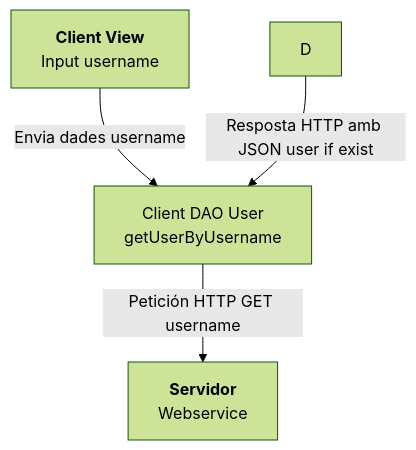
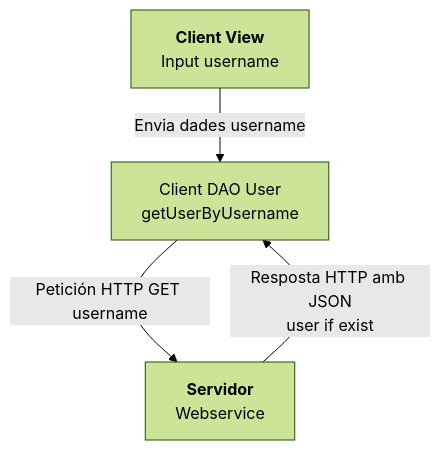
One commit to mactiburon/tapatapp changed the diagram in DiagramaPrototip1.mermaid. Above: the diagram before and after it, drawn with Mermaid (forest theme).

Commit message:
DiagramaPrototip1.mermaid

```diff
--- a/DiagramaPrototip1.mermaid
+++ b/DiagramaPrototip1.mermaid
@@ -1,4 +1,4 @@
 flowchart TD
     A[<b>Client View</b> <br> Input username] -->|Envia dades username| B[Client DAO User<br> getUserByUsername]
     B -->|Petición HTTP GET username| C[<b>Servidor</b> <br> Webservice]
-    D -->|Resposta HTTP amb JSON user if exist| B[Client DAO User<br> getUserByUsername]
+    C -->|Resposta HTTP amb JSON<br>user if exist| B
```
